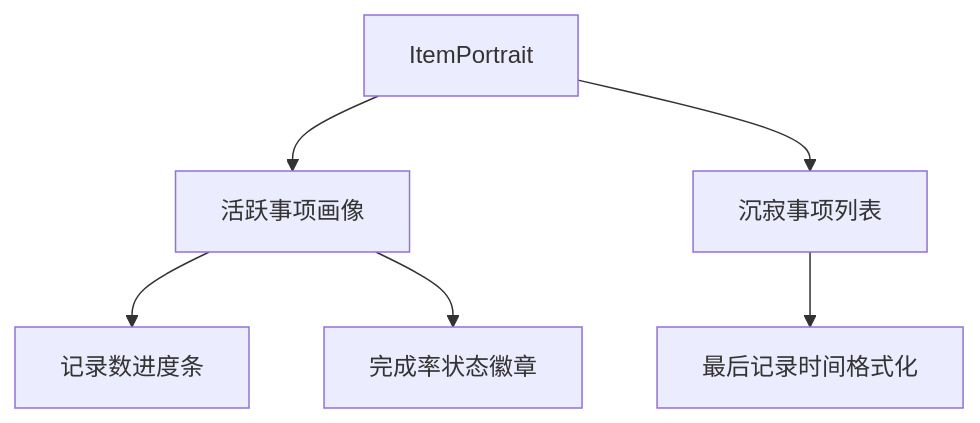
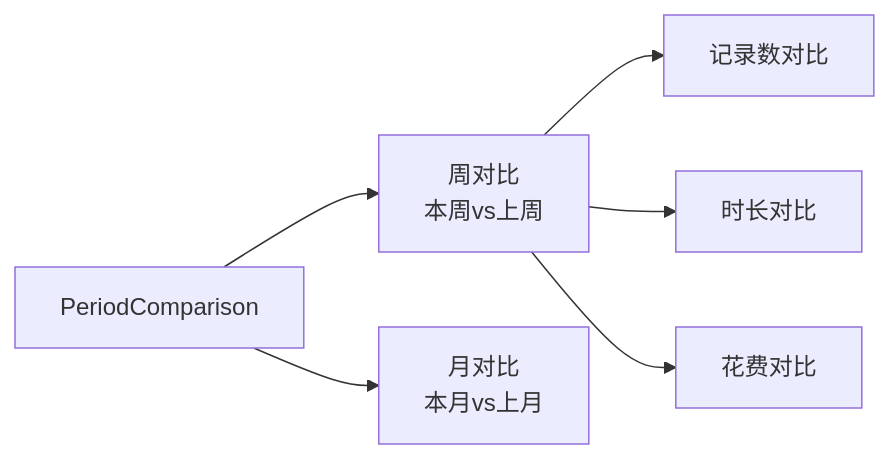
The eighth of 14 diagrams in .qoder/repowiki/zh/content/核心功能模块/洞察分析系统/洞察分析系统.md (bbong1234/TETO), drawn with Mermaid before and after one commit. The commit also changed other lines of this file and 10 other files, not shown here.

````diff
--- a/.qoder/repowiki/zh/content/核心功能模块/洞察分析系统/洞察分析系统.md
+++ b/.qoder/repowiki/zh/content/核心功能模块/洞察分析系统/洞察分析系统.md
@@ -208,8 +284,8 @@
 ```mermaid
-flowchart TD
-A["ItemPortrait"] --> B["活跃事项画像"]
-B --> C["记录数进度条"]
-B --> D["完成率状态徽章"]
-A --> E["沉寂事项列表"]
-E --> F["最后记录时间格式化"]
+graph LR
+A["PeriodComparison"] --> B["周对比<br/>本周vs上周"]
+A --> C["月对比<br/>本月vs上月"]
+B --> D["记录数对比"]
+B --> E["时长对比"]
+B --> F["花费对比"]
 ```
````
